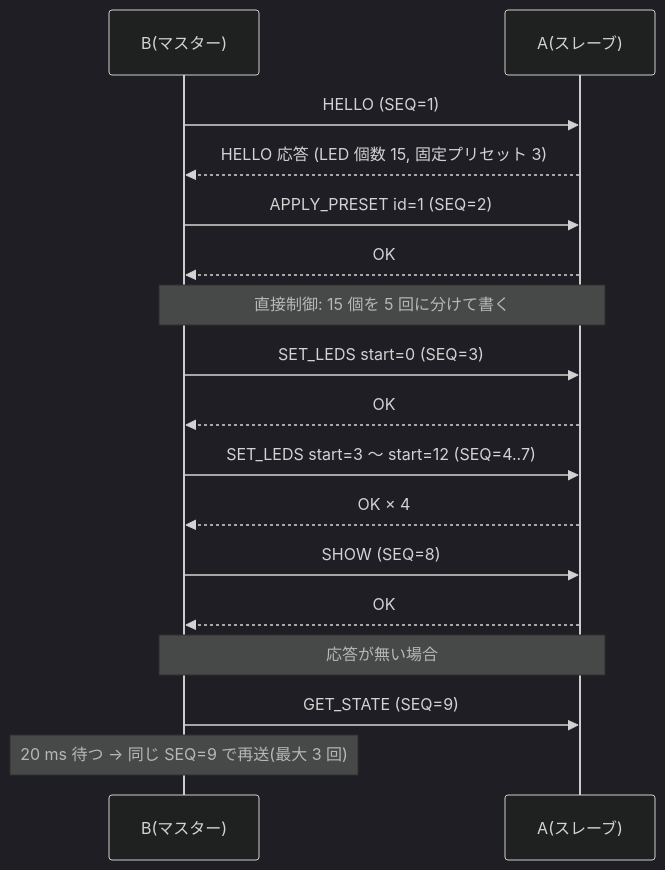
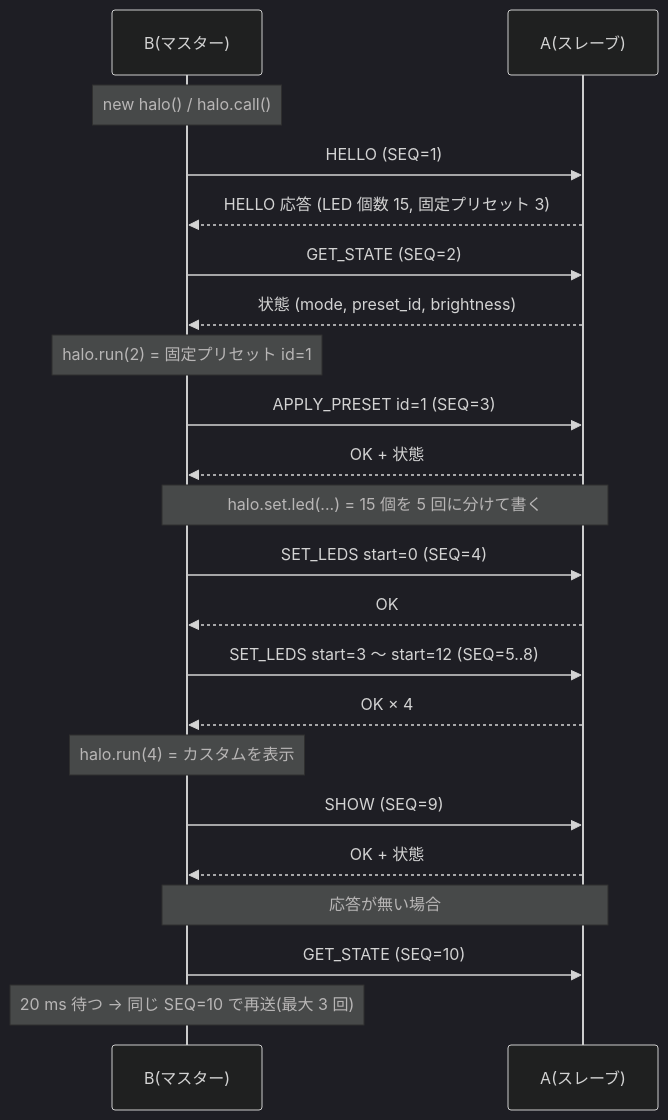
Before and after one commit to oldsheeep/HALO: the second of 2 diagrams in docs/halo-link-spec.md, drawn with Mermaid (dark theme). The commit also changed other lines of this file, not shown here.

Commit message:
docs(repo): HALO Link にマスター側の halo オブジェクト API を追加

````diff
--- a/docs/halo-link-spec.md
+++ b/docs/halo-link-spec.md
@@ -188,19 +189,24 @@
 ```mermaid
 sequenceDiagram
     participant B as B(マスター)
     participant A as A(スレーブ)
+    Note over B: new halo() / halo.call()
     B->>A: HELLO (SEQ=1)
     A-->>B: HELLO 応答 (LED 個数 15, 固定プリセット 3)
-    B->>A: APPLY_PRESET id=1 (SEQ=2)
+    B->>A: GET_STATE (SEQ=2)
+    A-->>B: 状態 (mode, preset_id, brightness)
+    Note over B: halo.run(2) = 固定プリセット id=1
+    B->>A: APPLY_PRESET id=1 (SEQ=3)
+    A-->>B: OK + 状態
+    Note over B,A: halo.set.led(...) = 15 個を 5 回に分けて書く
+    B->>A: SET_LEDS start=0 (SEQ=4)
     A-->>B: OK
-    Note over B,A: 直接制御: 15 個を 5 回に分けて書く
-    B->>A: SET_LEDS start=0 (SEQ=3)
-    A-->>B: OK
-    B->>A: SET_LEDS start=3 〜 start=12 (SEQ=4..7)
+    B->>A: SET_LEDS start=3 〜 start=12 (SEQ=5..8)
     A-->>B: OK × 4
-    B->>A: SHOW (SEQ=8)
-    A-->>B: OK
+    Note over B: halo.run(4) = カスタムを表示
+    B->>A: SHOW (SEQ=9)
+    A-->>B: OK + 状態
     Note over B,A: 応答が無い場合
-    B->>A: GET_STATE (SEQ=9)
-    Note over B: 20 ms 待つ → 同じ SEQ=9 で再送(最大 3 回)
+    B->>A: GET_STATE (SEQ=10)
+    Note over B: 20 ms 待つ → 同じ SEQ=10 で再送(最大 3 回)
 ```
````
